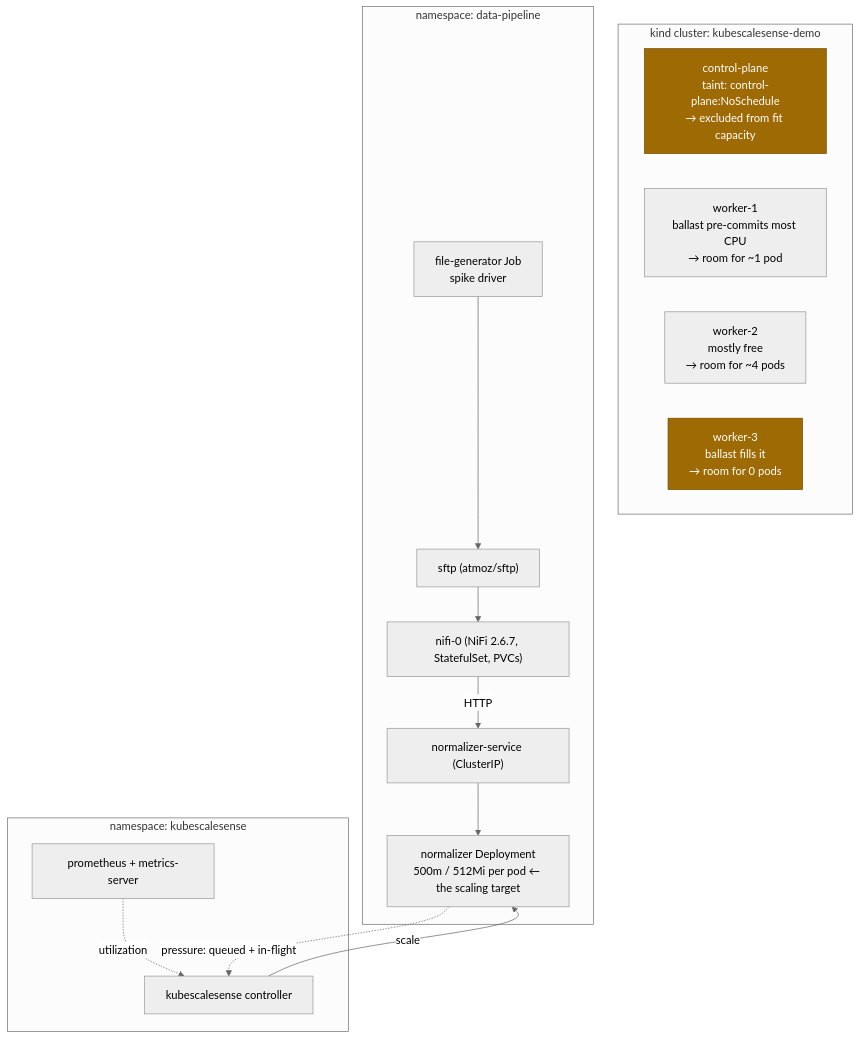
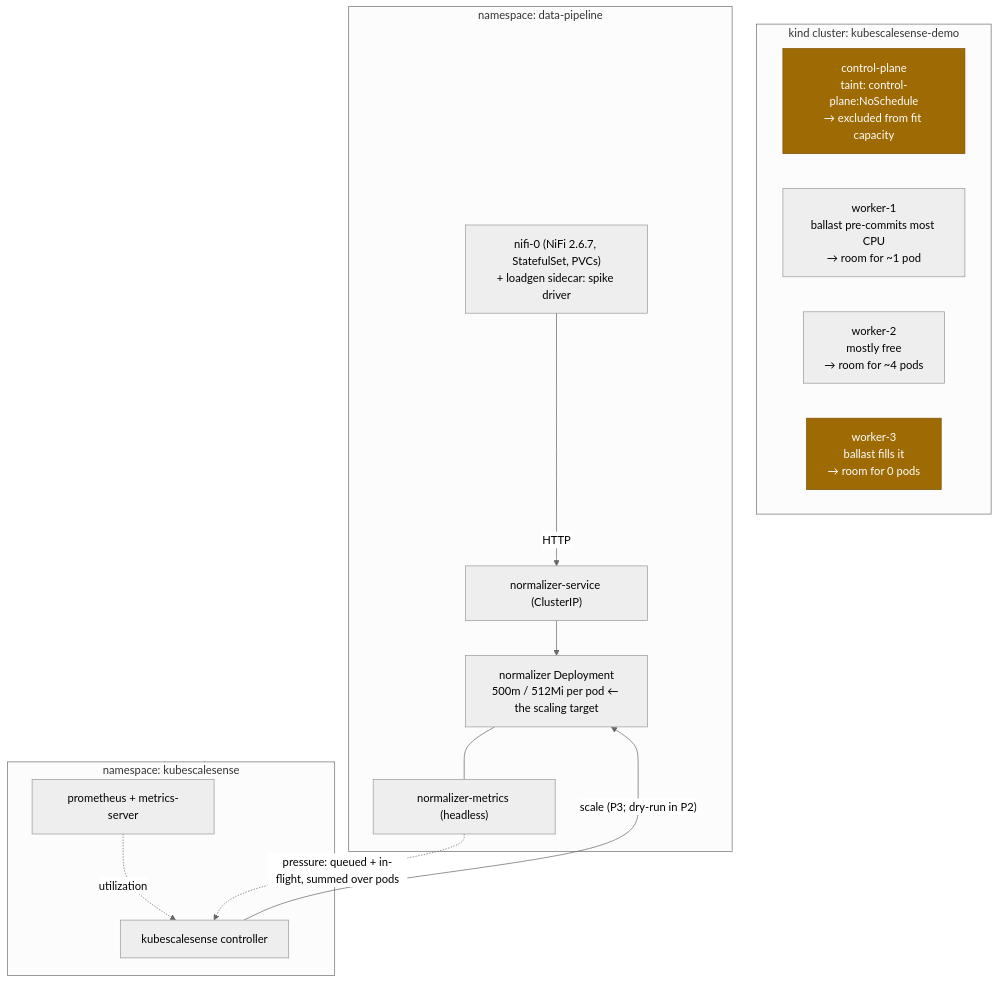
Before and after one commit to jensilin/KubeScaleSense: the second of 3 diagrams in docs/test-plan.md, drawn with Mermaid (neutral theme). The commit also changed other lines of this file and 47 other files, not shown here.

````diff
--- a/docs/test-plan.md
+++ b/docs/test-plan.md
@@ -200,30 +227,30 @@
 ```mermaid
 flowchart TB
     subgraph KIND["kind cluster: kubescalesense-demo"]
         CP["control-plane<br/>taint: control-plane:NoSchedule<br/>→ excluded from fit capacity"]
         W1["worker-1<br/>ballast pre-commits most CPU<br/>→ room for ~1 pod"]
         W2["worker-2<br/>mostly free<br/>→ room for ~4 pods"]
         W3["worker-3<br/>ballast fills it<br/>→ room for 0 pods"]
     end
 
     subgraph NS["namespace: data-pipeline"]
-        SFTP["sftp (atmoz/sftp)"]
-        NIFI["nifi-0 (NiFi 2.6.7, StatefulSet, PVCs)"]
+        NIFI["nifi-0 (NiFi 2.6.7, StatefulSet, PVCs)<br/>+ loadgen sidecar: spike driver"]
         SVC["normalizer-service (ClusterIP)"]
+        MSVC["normalizer-metrics (headless)"]
         NORM["normalizer Deployment<br/>500m / 512Mi per pod ← the scaling target"]
-        GEN["file-generator Job<br/>spike driver"]
     end
 
     subgraph KSSNS["namespace: kubescalesense"]
         KSS["kubescalesense controller"]
         PROM["prometheus + metrics-server"]
     end
 
-    GEN --> SFTP --> NIFI -->|HTTP| SVC --> NORM
-    KSS -->|scale| NORM
-    NORM -.->|"pressure: queued + in-flight"| KSS
+    NIFI -->|HTTP| SVC --> NORM
+    KSS -->|"scale (P3; dry-run in P2)"| NORM
+    NORM --- MSVC
+    MSVC -.->|"pressure: queued + in-flight, summed over pods"| KSS
     PROM -.->|utilization| KSS
 
     classDef full fill:#9e6a03,color:#fff,stroke:#7d4e00
     class W3,CP full
 ```
````
